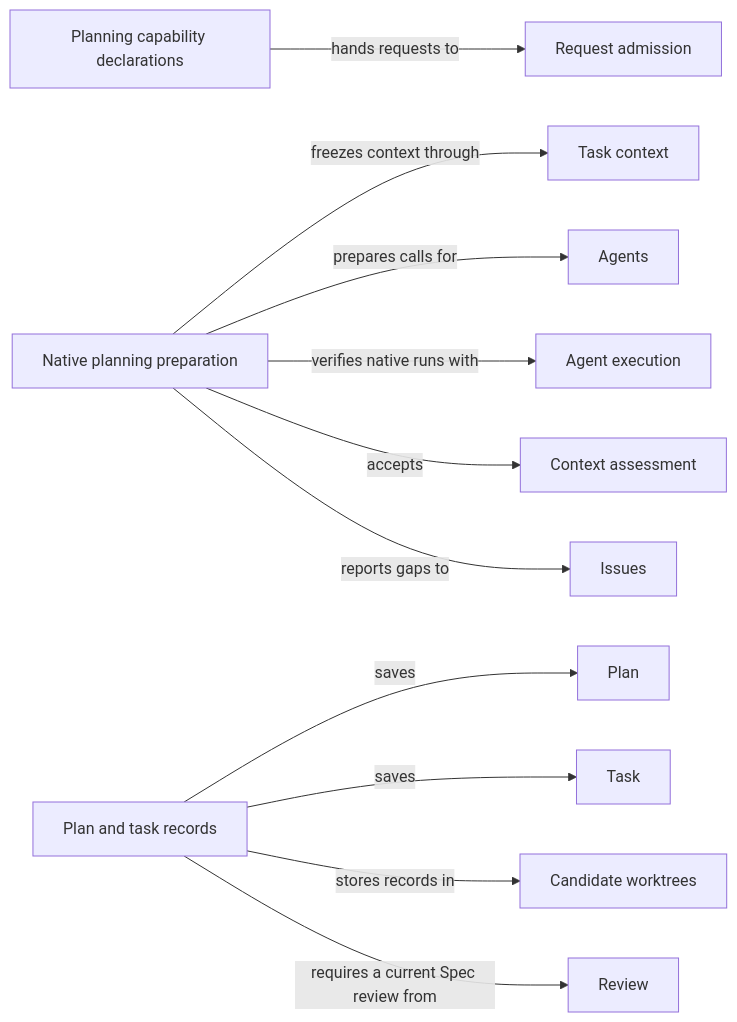
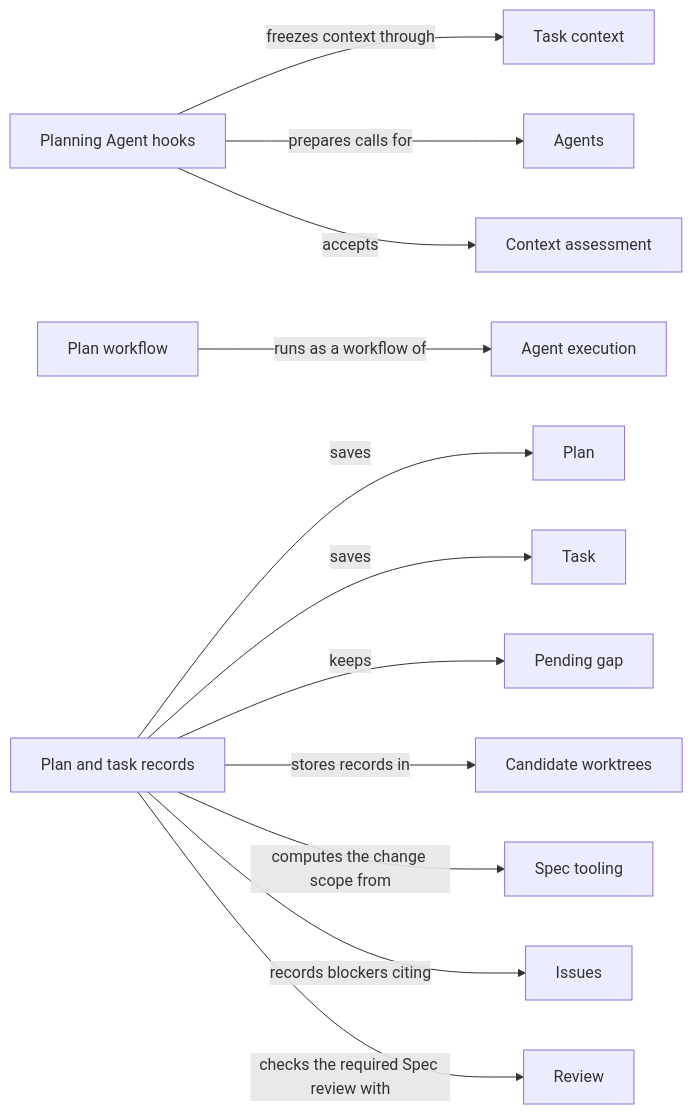
The second of 2 diagrams in specs/concorde/planning/module.md (FTOD/concorde), drawn with Mermaid before and after one commit. The commit also changed other lines of this file and 213 other files, not shown here.

First line of the commit message:
Rewrite Concorde's Specs for the layered architecture

````diff
--- a/specs/concorde/planning/module.md
+++ b/specs/concorde/planning/module.md
@@ -209,28 +264,30 @@
 ```mermaid
 flowchart LR
     accTitle: Planning and its providers
-    accDescr: The native preparation admits requests, freezes context, prepares Agents and records gaps; the records code saves plans and tasks in the candidate.
-    capabilities[Planning capability declarations]
-    native[Native planning preparation]
+    accDescr: The hooks prepare Agents and accept assessments through Agent execution; the records code saves plans and tasks in the candidate, reads the change scope from Spec tooling and checks the required review.
+    hooks[Planning Agent hooks]
+    workflow[Plan workflow]
     records[Plan and task records]
     assessment[Context assessment]
     plan[Plan]
     task[Task]
-    admission[Request admission]
+    gap[Pending gap]
+    execution[Agent execution]
     context[Task context]
-    execution[Agent execution]
     agents[Agents]
     worktrees[Candidate worktrees]
+    spec[Spec tooling]
     issues[Issues]
     review[Review]
-    capabilities -->|hands requests to| admission
-    native -->|freezes context through| context
-    native -->|prepares calls for| agents
-    native -->|verifies native runs with| execution
-    native -->|accepts| assessment
-    native -->|reports gaps to| issues
+    workflow -->|runs as a workflow of| execution
+    hooks -->|freezes context through| context
+    hooks -->|prepares calls for| agents
+    hooks -->|accepts| assessment
     records -->|saves| plan
     records -->|saves| task
+    records -->|keeps| gap
     records -->|stores records in| worktrees
-    records -->|requires a current Spec review from| review
+    records -->|computes the change scope from| spec
+    records -->|records blockers citing| issues
+    records -->|checks the required Spec review with| review
 ```
````
